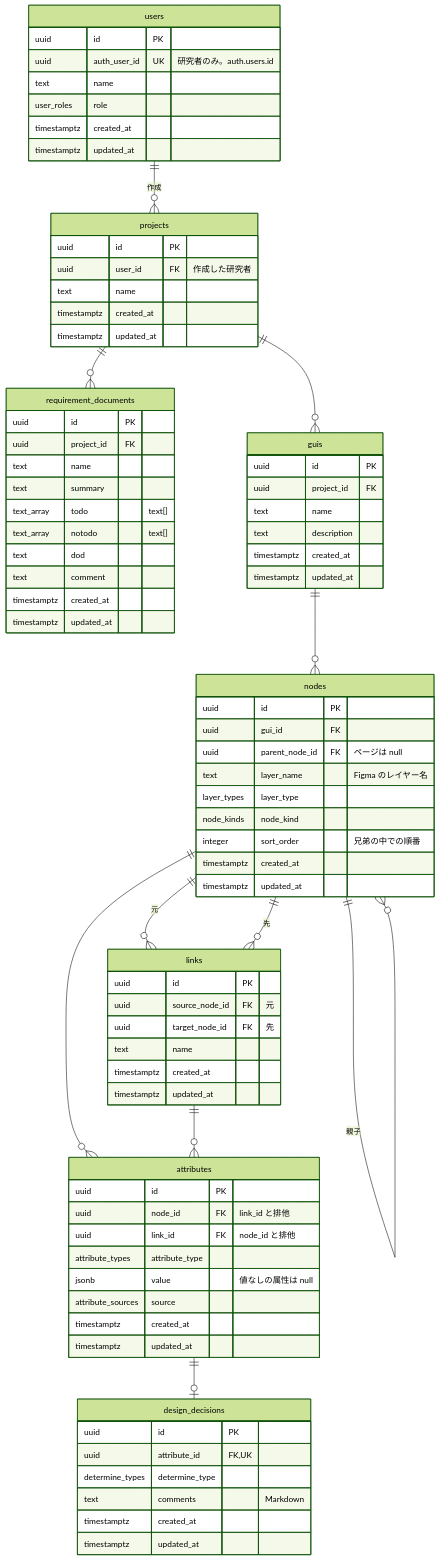
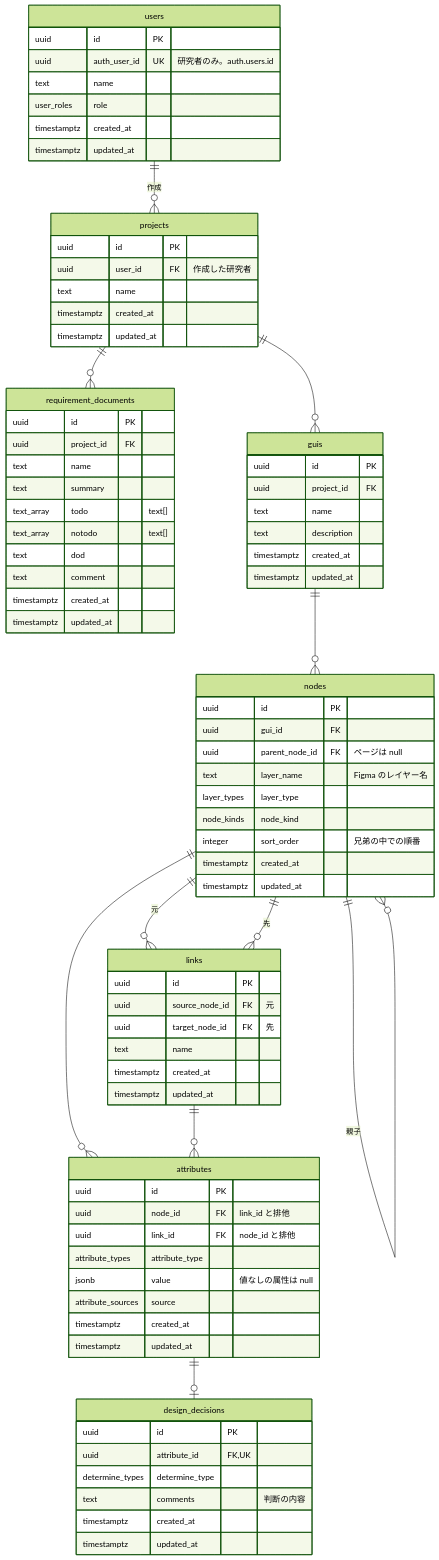
One commit to haana12332/FinalProject changed the first of 2 diagrams in docs/db-schema.md. Above: the diagram before and after it, drawn with Mermaid (forest theme). The commit also changed other lines of this file, not shown here.

First line of the commit message:
docs: Markdown 形式をやめ、ノードの階層の制約を追加

```diff
--- a/docs/db-schema.md
+++ b/docs/db-schema.md
@@ -118,7 +118,7 @@
         uuid id PK
         uuid attribute_id FK, UK
         determine_types determine_type
-        text comments "Markdown"
+        text comments "判断の内容"
         timestamptz created_at
         timestamptz updated_at
     }
```
